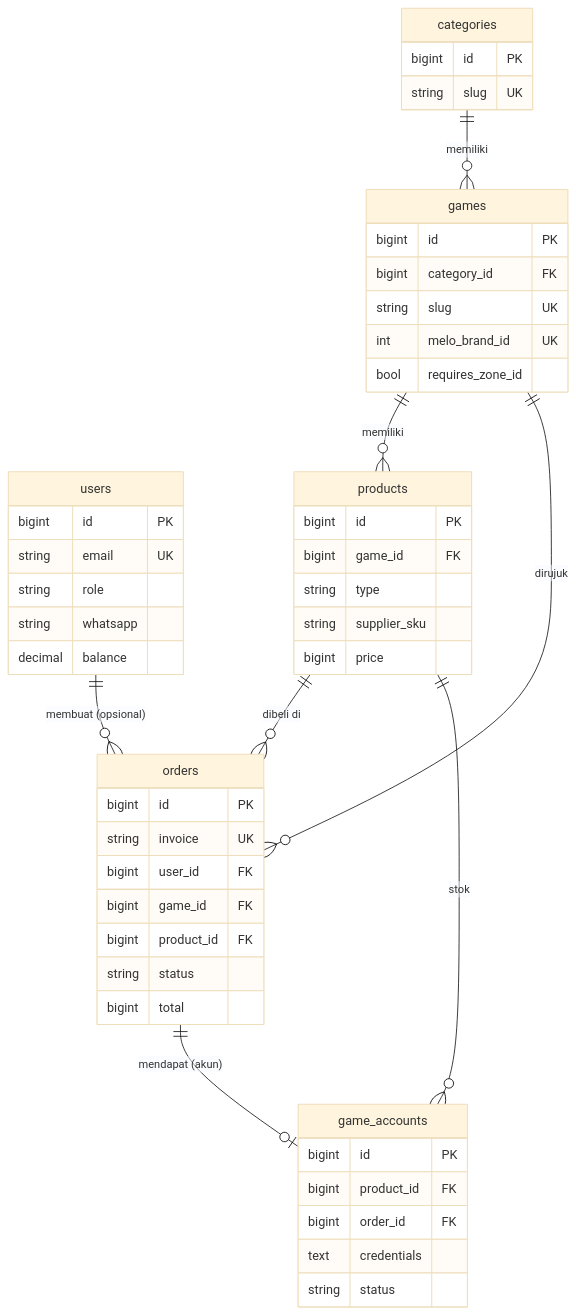
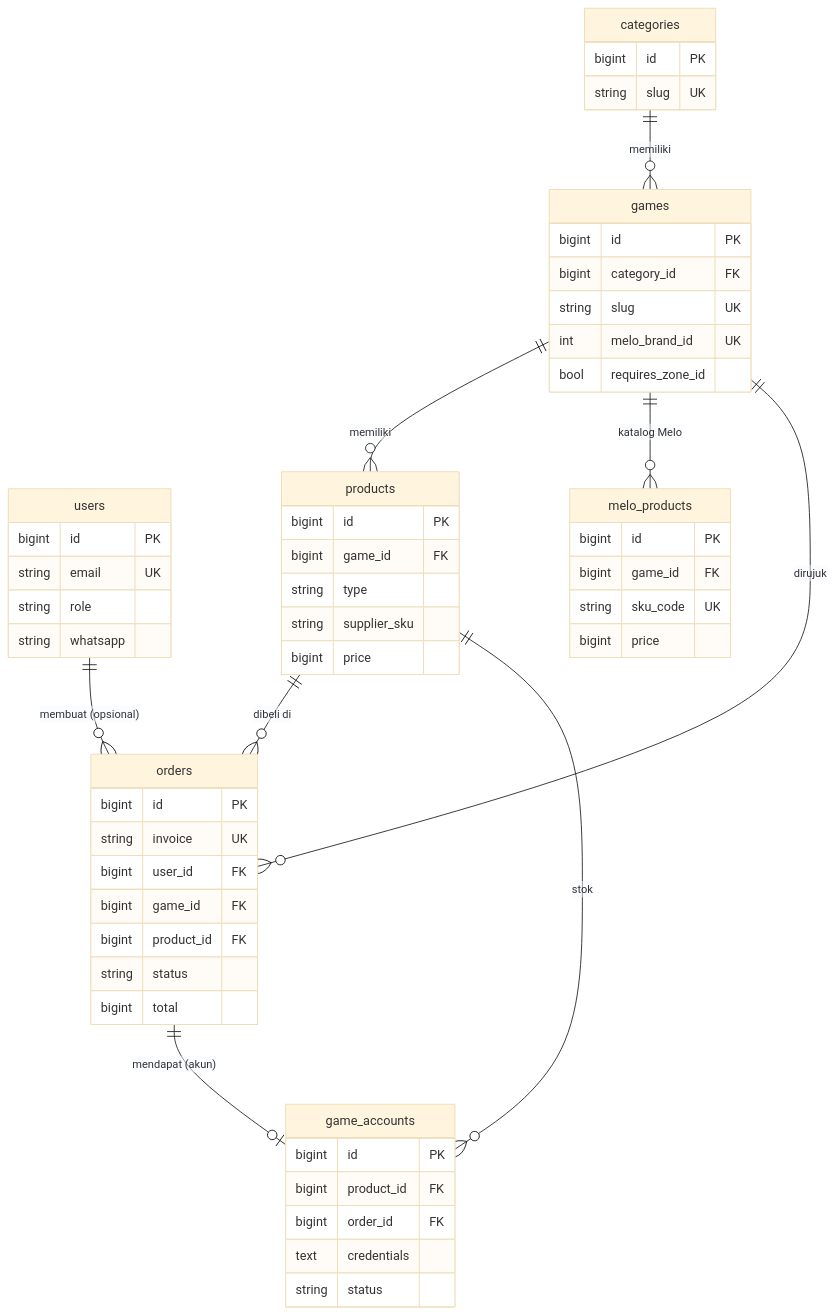
Before and after one commit to ilhamfajarandika/zeth-market: the diagram in docs/DATABASE_DESIGN.md, drawn with Mermaid (base theme). The commit also changed other lines of this file and 26 other files, not shown here.

````diff
--- a/docs/DATABASE_DESIGN.md
+++ b/docs/DATABASE_DESIGN.md
@@ -27,40 +29,44 @@
 ```mermaid
 erDiagram
     users ||--o{ orders : "membuat (opsional)"
     categories ||--o{ games : memiliki
     games ||--o{ products : memiliki
+    games ||--o{ melo_products : "katalog Melo"
     games ||--o{ orders : "dirujuk"
     products ||--o{ orders : "dibeli di"
     products ||--o{ game_accounts : "stok"
     orders ||--o| game_accounts : "mendapat (akun)"
 
     users { bigint id PK
         string email UK
         string role
-        string whatsapp
-        decimal balance }
+        string whatsapp }
     categories { bigint id PK
         string slug UK }
     games { bigint id PK
         bigint category_id FK
         string slug UK
         int melo_brand_id UK
         bool requires_zone_id }
     products { bigint id PK
         bigint game_id FK
         string type
         string supplier_sku
+        bigint price }
+    melo_products { bigint id PK
+        bigint game_id FK
+        string sku_code UK
         bigint price }
     orders { bigint id PK
         string invoice UK
         bigint user_id FK
         bigint game_id FK
         bigint product_id FK
         string status
         bigint total }
     game_accounts { bigint id PK
         bigint product_id FK
         bigint order_id FK
         text credentials
         string status }
 ```
````
